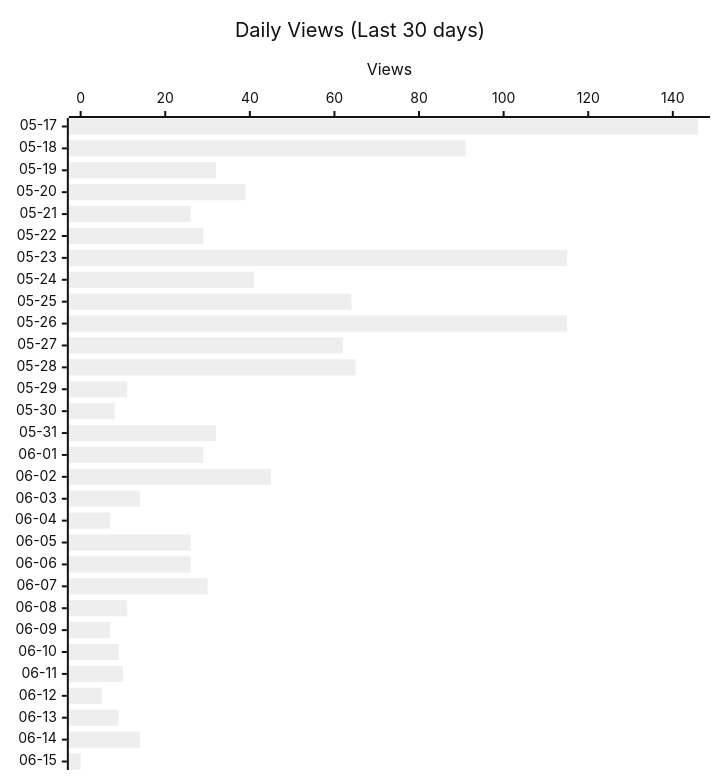
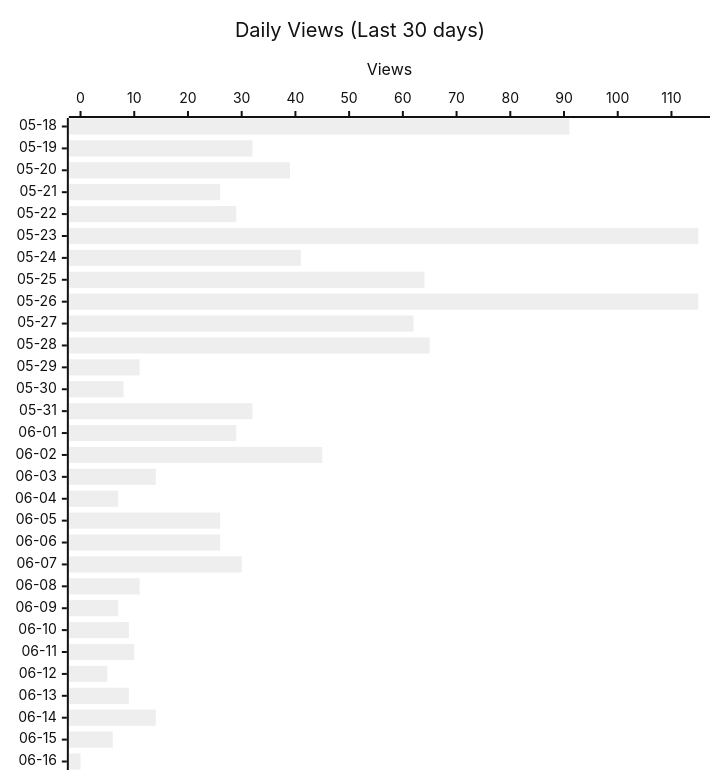
The second of 3 diagrams in README.md (shigechika/github-insights), drawn with Mermaid (neutral theme) before and after one commit. The commit also changed other lines of this file and 2 other files, not shown here.

````diff
--- a/README.md
+++ b/README.md
@@ -28,12 +28,12 @@
 ```mermaid
 ---
 config:
   xyChart:
     height: 760
 ---
 xychart-beta horizontal
     title "Daily Views (Last 30 days)"
-    x-axis ["05-17", "05-18", "05-19", "05-20", "05-21", "05-22", "05-23", "05-24", "05-25", "05-26", "05-27", "05-28", "05-29", "05-30", "05-31", "06-01", "06-02", "06-03", "06-04", "06-05", "06-06", "06-07", "06-08", "06-09", "06-10", "06-11", "06-12", "06-13", "06-14", "06-15"]
+    x-axis ["05-18", "05-19", "05-20", "05-21", "05-22", "05-23", "05-24", "05-25", "05-26", "05-27", "05-28", "05-29", "05-30", "05-31", "06-01", "06-02", "06-03", "06-04", "06-05", "06-06", "06-07", "06-08", "06-09", "06-10", "06-11", "06-12", "06-13", "06-14", "06-15", "06-16"]
     y-axis "Views"
-    bar [146, 91, 32, 39, 26, 29, 115, 41, 64, 115, 62, 65, 11, 8, 32, 29, 45, 14, 7, 26, 26, 30, 11, 7, 9, 10, 5, 9, 14, 0]
+    bar [91, 32, 39, 26, 29, 115, 41, 64, 115, 62, 65, 11, 8, 32, 29, 45, 14, 7, 26, 26, 30, 11, 7, 9, 10, 5, 9, 14, 6, 0]
 ```
````
